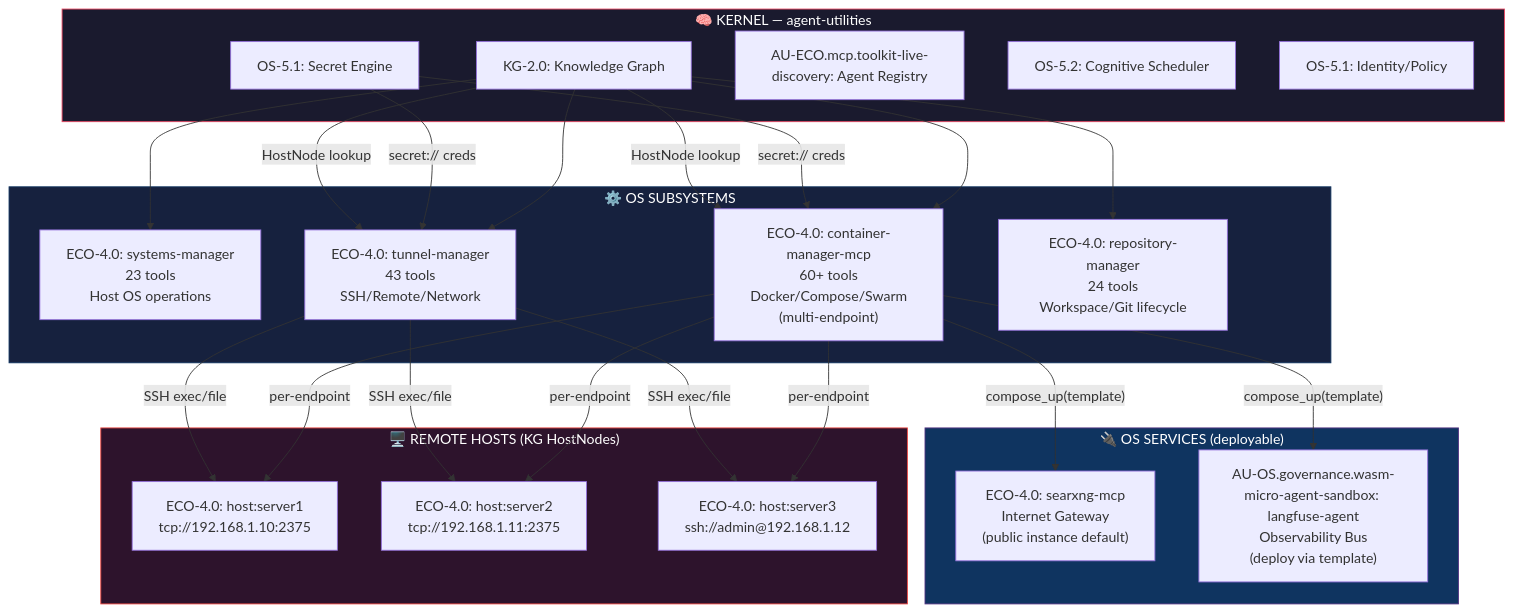
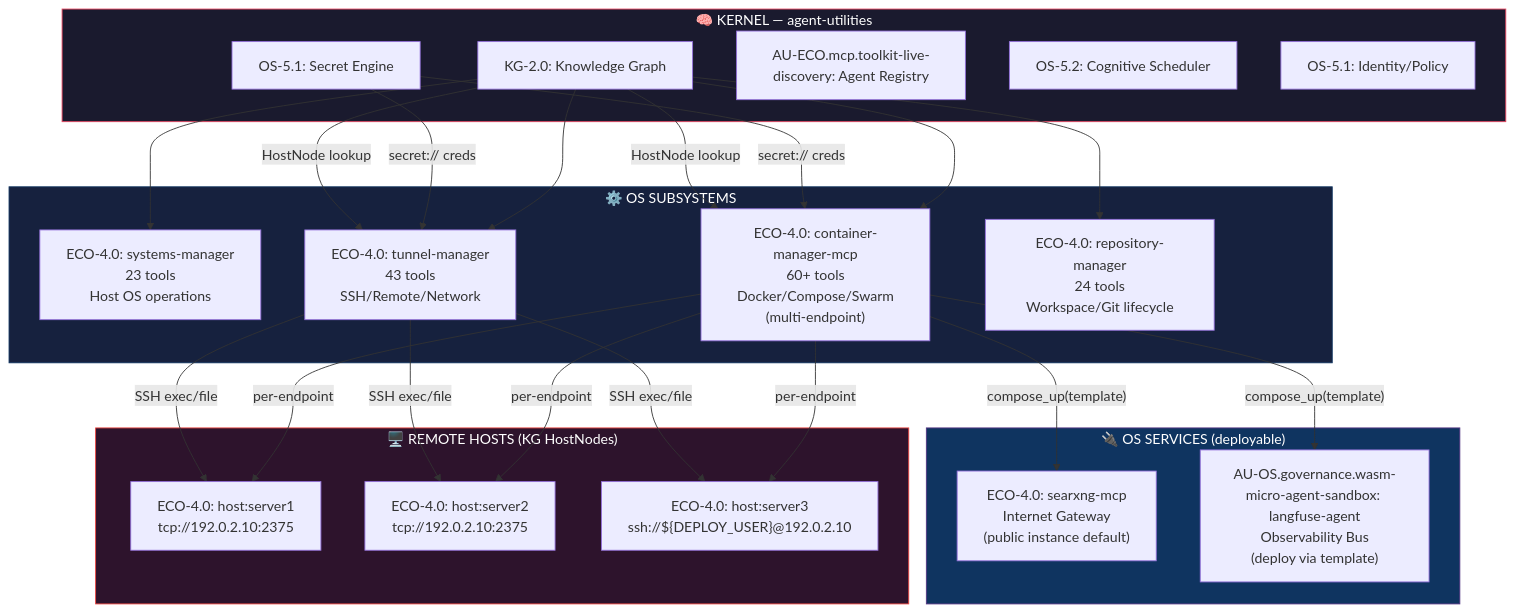
The first of 5 diagrams in docs/guides/agent-os-architecture.md (Knuckles-Team/agent-utilities), drawn with Mermaid before and after one commit. The commit also changed other lines of this file and 3818 other files, not shown here.

````diff
--- a/docs/guides/agent-os-architecture.md
+++ b/docs/guides/agent-os-architecture.md
@@ -11,41 +11,41 @@
 ```mermaid
 graph TB
     subgraph KERNEL["🧠 KERNEL — agent-utilities"]
         KG[KG-2.0: Knowledge Graph]
         SEC[OS-5.1: Secret Engine]
         REG[AU-ECO.mcp.toolkit-live-discovery: Agent Registry]
         SCHED[OS-5.2: Cognitive Scheduler]
         ID[OS-5.1: Identity/Policy]
     end
 
     subgraph OS_LAYER["⚙️ OS SUBSYSTEMS"]
         SM["ECO-4.0: systems-manager\n23 tools\nHost OS operations"]
         CM["ECO-4.0: container-manager-mcp\n60+ tools\nDocker/Compose/Swarm\n(multi-endpoint)"]
         TM["ECO-4.0: tunnel-manager\n43 tools\nSSH/Remote/Network"]
         RM["ECO-4.0: repository-manager\n24 tools\nWorkspace/Git lifecycle"]
     end
 
     subgraph OS_SERVICES["🔌 OS SERVICES (deployable)"]
         SX["ECO-4.0: searxng-mcp\nInternet Gateway\n(public instance default)"]
         LF["AU-OS.governance.wasm-micro-agent-sandbox: langfuse-agent\nObservability Bus\n(deploy via template)"]
     end
 
     subgraph HOSTS["🖥️ REMOTE HOSTS (KG HostNodes)"]
-        H1["ECO-4.0: host:server1\ntcp://192.168.1.10:2375"]
-        H2["ECO-4.0: host:server2\ntcp://192.168.1.11:2375"]
-        H3["ECO-4.0: host:server3\nssh://admin@192.168.1.12"]
+        H1["ECO-4.0: host:server1\ntcp://192.0.2.10:2375"]
+        H2["ECO-4.0: host:server2\ntcp://192.0.2.10:2375"]
+        H3["ECO-4.0: host:server3\nssh://${DEPLOY_USER}@192.0.2.10"]
     end
 
     KG --> SM & CM & TM & RM
     SEC -->|"secret:// creds"| TM & CM
     KG -->|HostNode lookup| CM
     KG -->|HostNode lookup| TM
     CM -->|"per-endpoint"| H1 & H2 & H3
     TM -->|"SSH exec/file"| H1 & H2 & H3
     CM -->|"compose_up(template)"| SX & LF
 
     style KERNEL fill:#1a1a2e,stroke:#e94560,color:#fff
     style OS_LAYER fill:#16213e,stroke:#0f3460,color:#fff
     style OS_SERVICES fill:#0f3460,stroke:#533483,color:#fff
     style HOSTS fill:#2d132c,stroke:#ee4540,color:#fff
 ```
````
